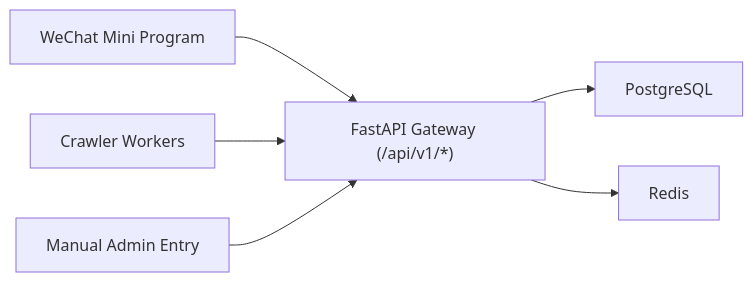
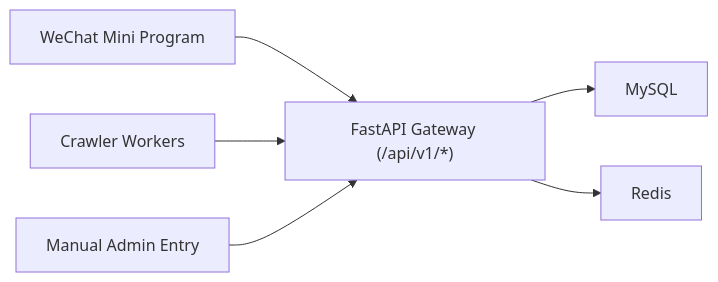
Before and after one commit to guhaigg/kaoyan-miniapp-mvp: the diagram in docs/README.md, drawn with Mermaid. The commit also changed other lines of this file and 24 other files, not shown here.

````diff
--- a/docs/README.md
+++ b/docs/README.md
@@ -11,8 +11,8 @@
 ```mermaid
 flowchart LR
   A["WeChat Mini Program"] --> B["FastAPI Gateway (/api/v1/*)"]
-  B --> C["PostgreSQL"]
+  B --> C["MySQL"]
   B --> D["Redis"]
   E["Crawler Workers"] --> B
   F["Manual Admin Entry"] --> B
 ```
````
